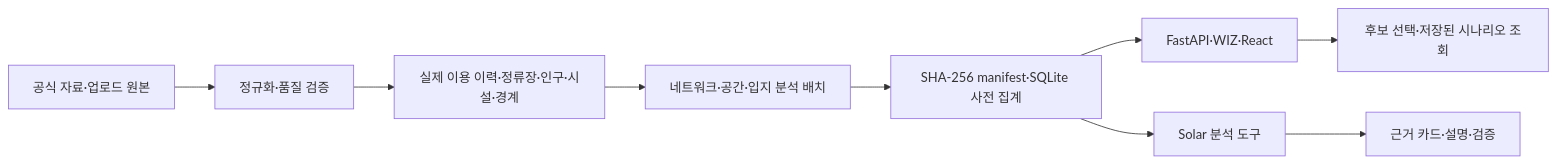
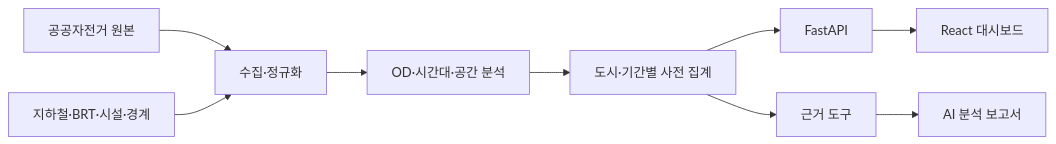
Before and after one commit to xericen/bike-link-analysis: the diagram in README.md, drawn with Mermaid. The commit also changed other lines of this file and 135 other files, not shown here.

````diff
--- a/README.md
+++ b/README.md
@@ -100,11 +80,11 @@
 ```mermaid
 flowchart LR
-  A["공식 자료·업로드 원본"] --> B["정규화·품질 검증"]
-  B --> C["실제 이용 이력·정류장·인구·시설·경계"]
-  C --> D["네트워크·공간·입지 분석 배치"]
-  D --> E["SHA-256 manifest·SQLite 사전 집계"]
-  E --> F["FastAPI·WIZ·React"]
-  E --> G["Solar 분석 도구"]
-  G --> H["근거 카드·설명·검증"]
-  F --> I["후보 선택·저장된 시나리오 조회"]
+    A[공공자전거 원본] --> B[수집·정규화]
+    C[지하철·BRT·시설·경계] --> B
+    B --> D[OD·시간대·공간 분석]
+    D --> E[도시·기간별 사전 집계]
+    E --> F[FastAPI]
+    F --> G[React 대시보드]
+    E --> H[근거 도구]
+    H --> I[AI 분석 보고서]
 ```
````
